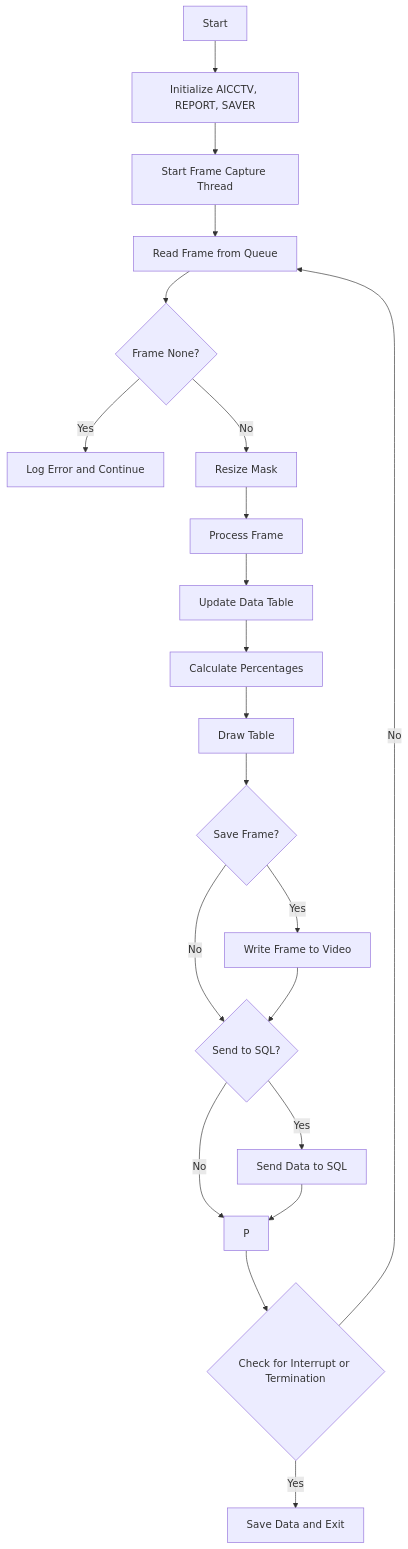
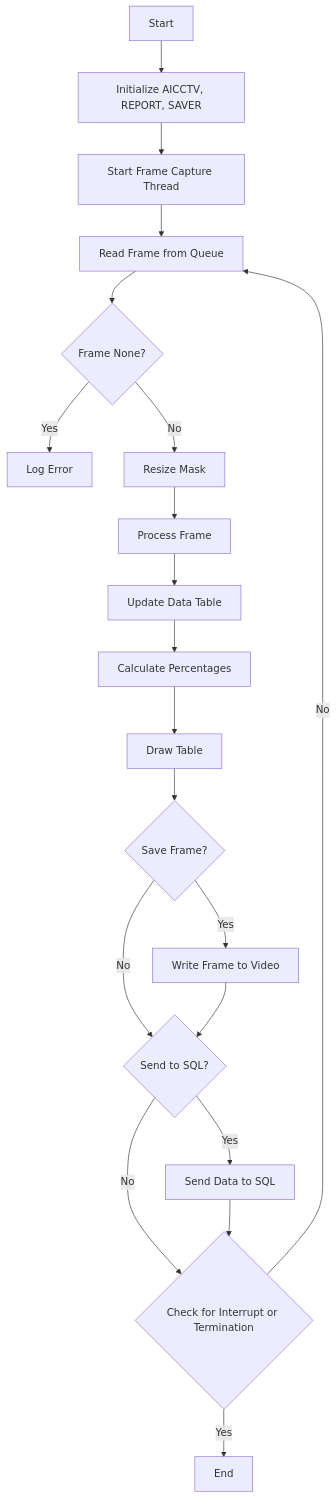
The diagram in src/pipeline.md (Troppo99/AI_CCTV), drawn with Mermaid before and after one commit. The commit also changed 2 other files, not shown here.

```diff
--- a/src/pipeline.md
+++ b/src/pipeline.md
@@ -1,24 +1,23 @@
 ::: mermaid
 graph TD;
     A[Start] --> B[Initialize AICCTV, REPORT, SAVER]
     B --> C[Start Frame Capture Thread]
     C --> D[Read Frame from Queue]
     D --> E{Frame None?}
-    E -- Yes --> F[Log Error and Continue]
+    E -- Yes --> F[Log Error]
     E -- No --> G[Resize Mask]
     G --> H[Process Frame]
     H --> I[Update Data Table]
     I --> J[Calculate Percentages]
     J --> K[Draw Table]
     K --> L{Save Frame?}
     L -- Yes --> M[Write Frame to Video]
     L -- No --> N
     M --> N{Send to SQL?}
     N -- Yes --> O[Send Data to SQL]
-    N -- No --> P
-    O --> P
-    P --> Q{Check for Interrupt or Termination}
-    Q -- Yes --> R[Save Data and Exit]
+    N -- No --> Q
+    O --> Q
+    Q{Check for Interrupt or Termination}
+    Q -- Yes --> R[End]
     Q -- No --> D
-    
 :::
```
